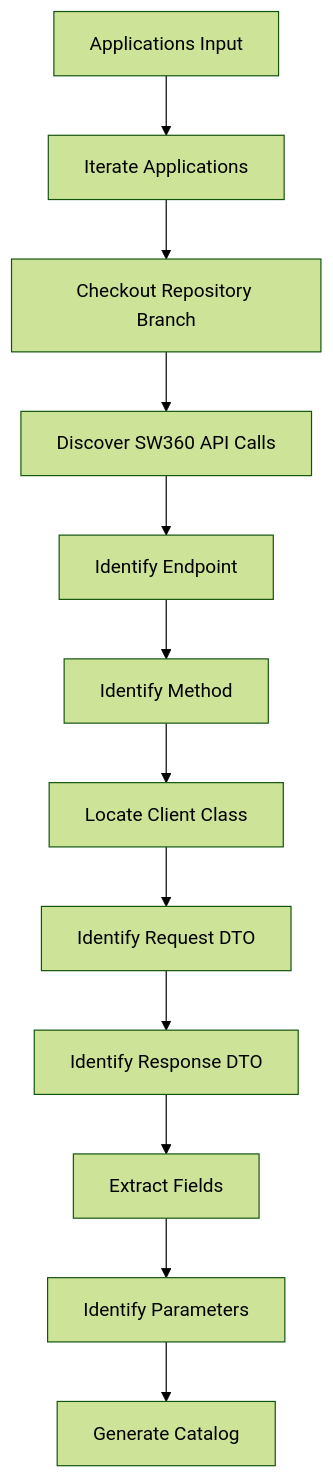
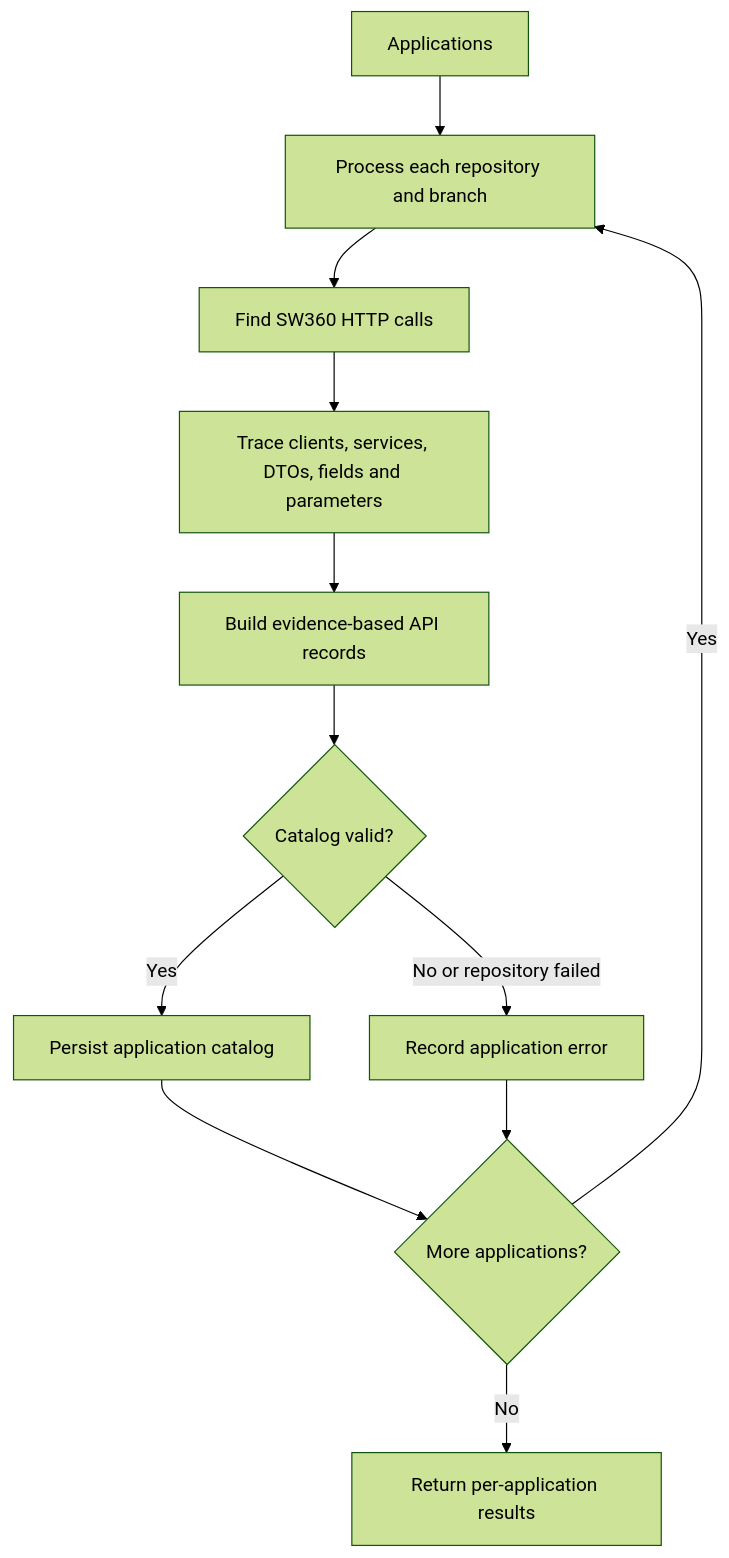
Before and after one commit to siemens/continuous-clearing: the diagram in .github/agents/sw360-application-dependency-scanner.md, drawn with Mermaid (forest theme). The commit also changed other lines of this file and 7 other files, not shown here.

````diff
--- a/.github/agents/sw360-application-dependency-scanner.md
+++ b/.github/agents/sw360-application-dependency-scanner.md
@@ -57,26 +25,14 @@
 ```mermaid
 flowchart TD
-
-A[Applications Input]
-    --> B[Iterate Applications]
-
-B --> C[Checkout Repository Branch]
-
-C --> D[Discover SW360 API Calls]
-
-D --> E[Identify Endpoint]
-
-E --> F[Identify Method]
-
-F --> G[Locate Client Class]
-
-G --> H[Identify Request DTO]
-
-H --> I[Identify Response DTO]
-
-I --> J[Extract Fields]
-
-J --> K[Identify Parameters]
-
-K --> L[Generate Catalog]
+    A[Applications] --> B[Process each repository and branch]
+    B --> C[Find SW360 HTTP calls]
+    C --> D[Trace clients, services, DTOs, fields and parameters]
+    D --> E[Build evidence-based API records]
+    E --> F{Catalog valid?}
+    F -->|Yes| G[Persist application catalog]
+    F -->|No or repository failed| H[Record application error]
+    G --> I{More applications?}
+    H --> I
+    I -->|Yes| B
+    I -->|No| J[Return per-application results]
 ```
````
